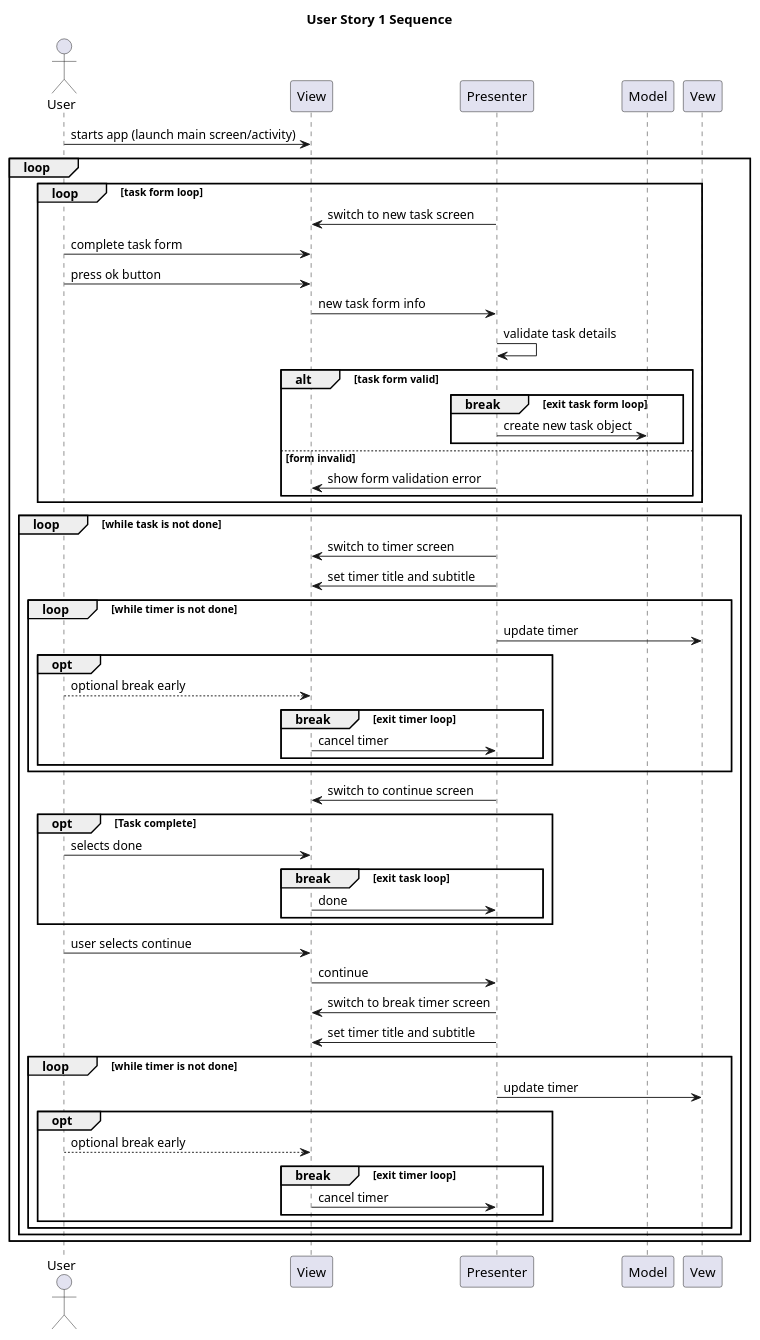
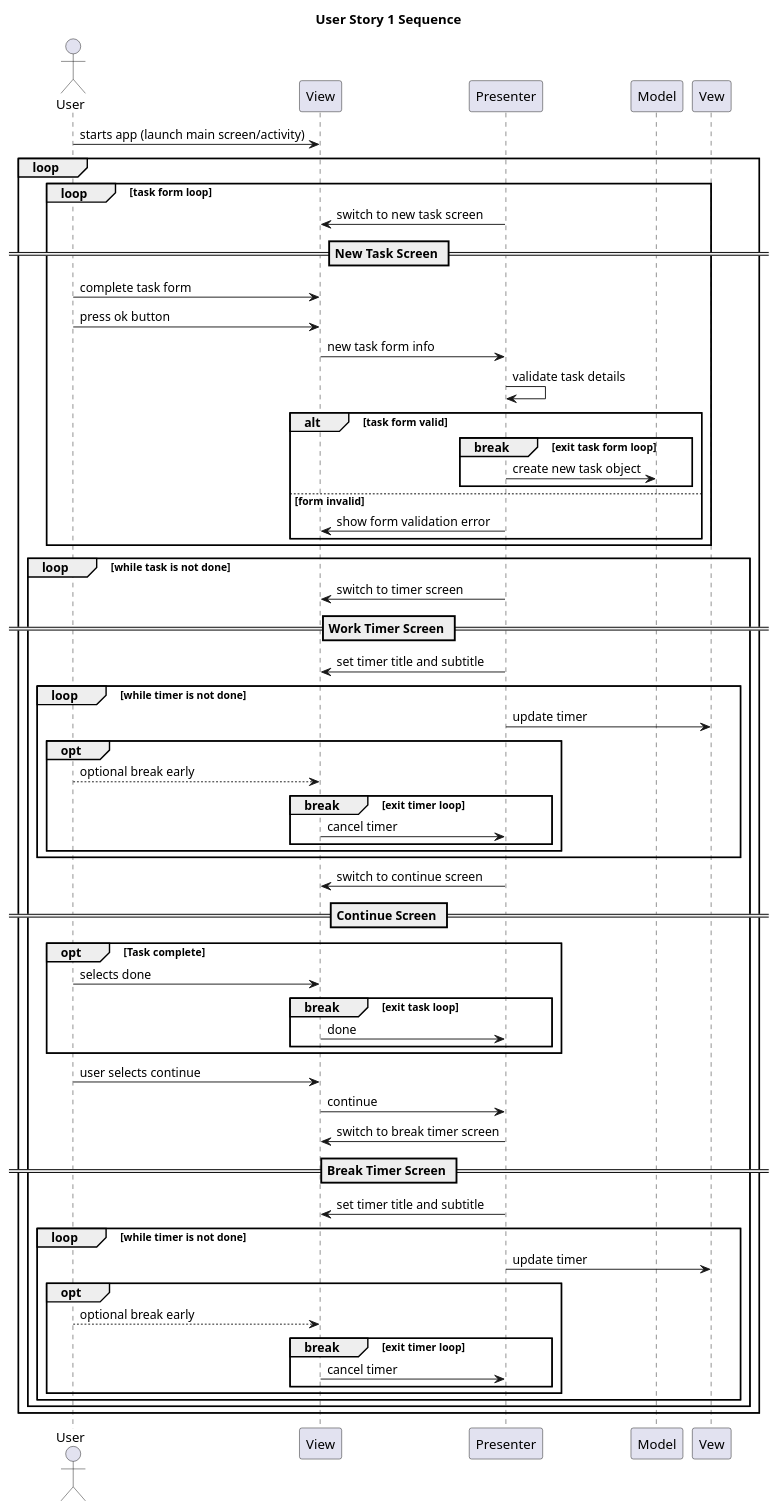
The diagram in artifacts/sketch001/todo.org (carbonXIII/PomodoroApp), drawn with PlantUML before and after one commit. The commit also changed 1 other file, not shown here.

Commit message:
Add screens as separators to sequence diagram.

```diff
--- a/artifacts/sketch001/todo.org
+++ b/artifacts/sketch001/todo.org
@@ -12,63 +12,68 @@
 #+begin_src plantuml :file ../images/sequence-001-diagram.png :exports results
 title User Story 1 Sequence
 
 actor User
 participant View
 participant Presenter
 participant Model
 
 User->View: starts app (launch main screen/activity)
 loop
         loop task form loop
                 Presenter->View: switch to new task screen
+        == New Task Screen ==
                 User->View: complete task form
                 User->View: press ok button
                 View->Presenter: new task form info
                 Presenter->Presenter: validate task details
                 alt task form valid
                         break exit task form loop
                                 Presenter->Model: create new task object
                         end
                 else form invalid
                         Presenter->View: show form validation error
                 end
         end
+        
         loop while task is not done
                 Presenter->View: switch to timer screen
+                == Work Timer Screen ==
                 Presenter->View: set timer title and subtitle
                 loop while timer is not done
                         Presenter->Vew: update timer
                         opt
                                 User-->View: optional break early
                                 break exit timer loop
                                         View->Presenter: cancel timer
                                 end
                         end
                 end
                 
                 Presenter->View: switch to continue screen
+                == Continue Screen ==
                 opt Task complete
                         User->View: selects done
                         break exit task loop
                                 View->Presenter: done
                         end
                 end
                 
                 User->View: user selects continue
                 View->Presenter: continue
                 
                 Presenter->View: switch to break timer screen
+                == Break Timer Screen ==
                 Presenter->View: set timer title and subtitle
 
                 loop while timer is not done
                         Presenter->Vew: update timer
                         opt
                                 User-->View: optional break early
                                 break exit timer loop
                                         View->Presenter: cancel timer
                                 end
                         end
                 end
         end
 end
 #+end_src
```
